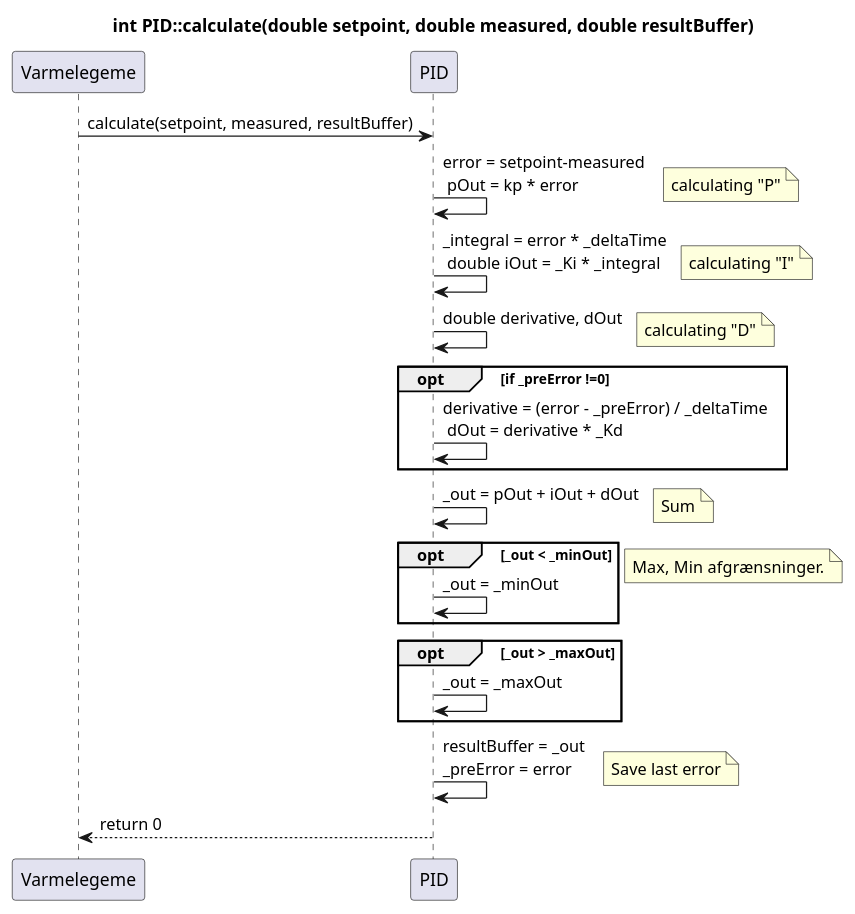
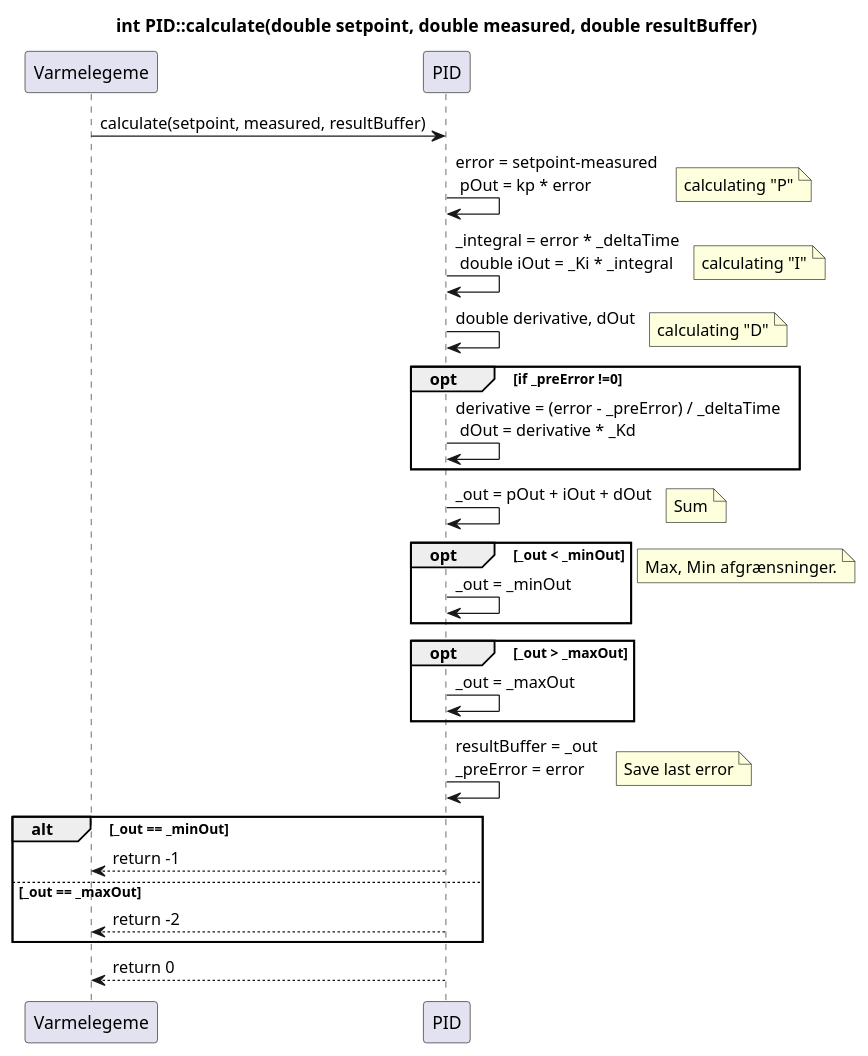
The diagram in Design/Akutuator enhed/Domnaemodel_AE/PID/PID_calculate.puml (Solvgraa-mager/E4PRJ4), drawn with PlantUML before and after one commit. The commit also changed 4 other files, not shown here.

```diff
--- a/Design/Akutuator enhed/Domnaemodel_AE/PID/PID_calculate.puml
+++ b/Design/Akutuator enhed/Domnaemodel_AE/PID/PID_calculate.puml
@@ -1,39 +1,45 @@
 @startuml PID_calculate
 title int PID::calculate(double setpoint, double measured, double resultBuffer)
 
 participant Varmelegeme
 participant PID
 
 
 Varmelegeme -> PID : calculate(setpoint, measured, resultBuffer)
 PID -> PID : error = setpoint-measured \n pOut = kp * error
 note right : calculating "P"
 
 PID -> PID : _integral = error * _deltaTime\n double iOut = _Ki * _integral
 note right : calculating "I"
 
 
 PID -> PID : double derivative, dOut
 note right : calculating "D"
 
 opt if _preError !=0
     PID -> PID : derivative = (error - _preError) / _deltaTime \n dOut = derivative * _Kd
 end
 
 
 PID -> PID : _out = pOut + iOut + dOut
 note right : Sum
 
 opt _out < _minOut
     PID -> PID : _out = _minOut
 end
 note right : Max, Min afgrænsninger.
 opt _out > _maxOut
     PID -> PID : _out = _maxOut
 end
 
 PID -> PID : resultBuffer = _out \n_preError = error
 note right : Save last error
+
+alt _out == _minOut
+PID --> Varmelegeme : return -1
+else _out == _maxOut
+PID --> Varmelegeme : return -2
+end
 PID --> Varmelegeme : return 0
 
 @enduml
```
